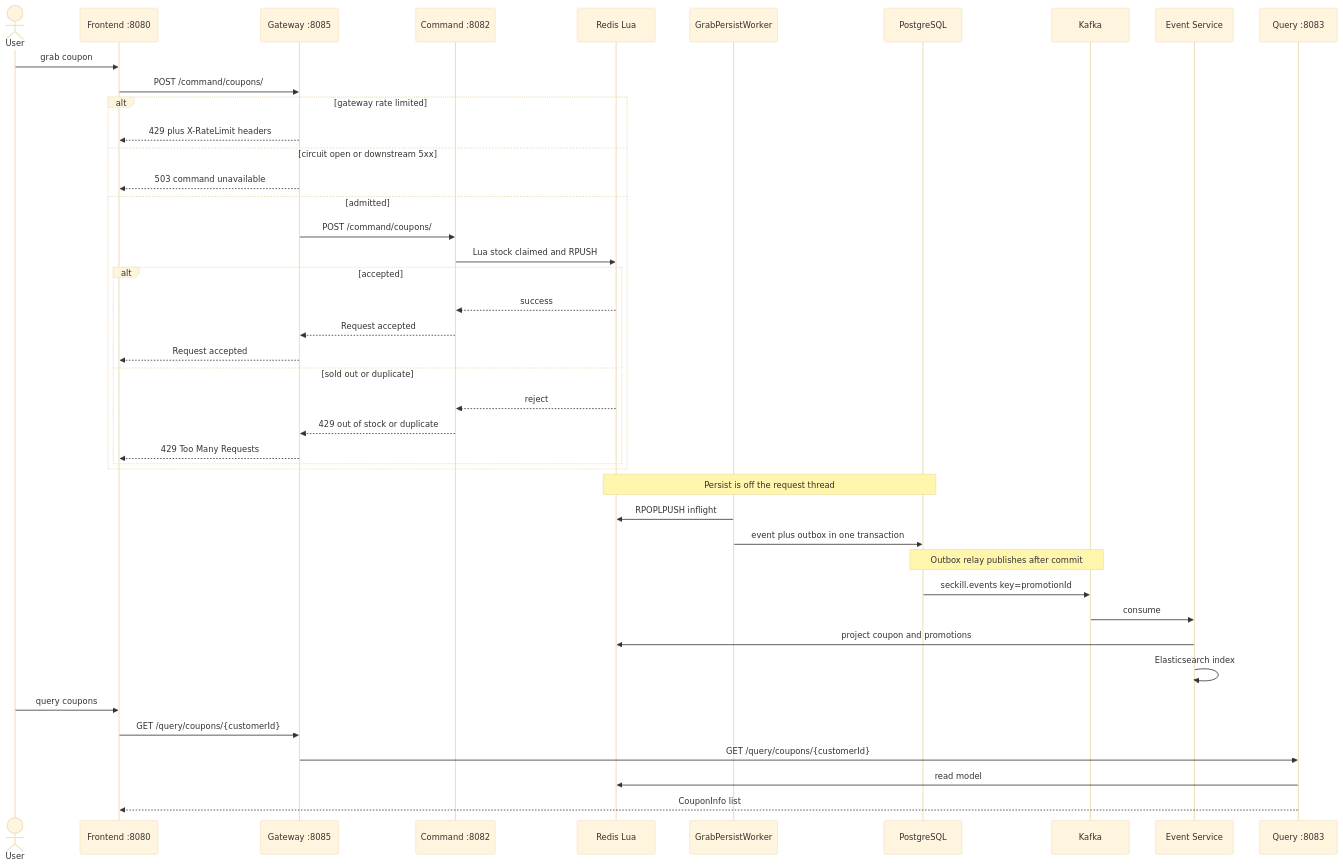
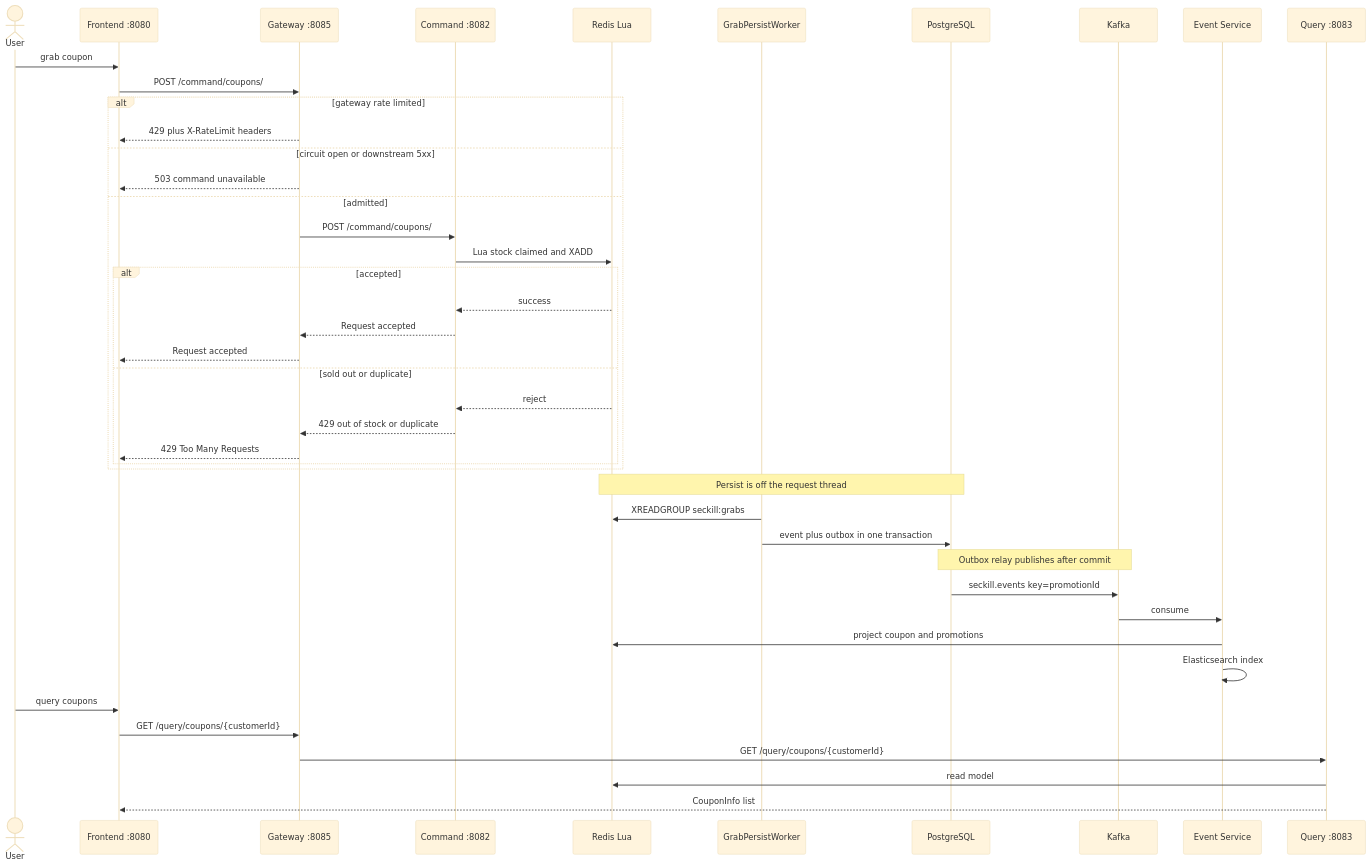
The third of 3 diagrams in README.md (fanqingsong/seckill), drawn with Mermaid (base theme) before and after one commit. The commit also changed other lines of this file and 8 other files, not shown here.

````diff
--- a/README.md
+++ b/README.md
@@ -108,48 +108,48 @@
 ```mermaid
 sequenceDiagram
   actor User
   participant FE as Frontend :8080
   participant GW as Gateway :8085
   participant Cmd as Command :8082
   participant Redis as Redis Lua
   participant Worker as GrabPersistWorker
   participant PG as PostgreSQL
   participant Kafka as Kafka
   participant Event as Event Service
   participant Query as Query :8083
 
   User->>FE: grab coupon
   FE->>GW: POST /command/coupons/
   alt gateway rate limited
     GW-->>FE: 429 plus X-RateLimit headers
   else circuit open or downstream 5xx
     GW-->>FE: 503 command unavailable
   else admitted
     GW->>Cmd: POST /command/coupons/
-    Cmd->>Redis: Lua stock claimed and RPUSH
+    Cmd->>Redis: Lua stock claimed and XADD
     alt accepted
       Redis-->>Cmd: success
       Cmd-->>GW: Request accepted
       GW-->>FE: Request accepted
     else sold out or duplicate
       Redis-->>Cmd: reject
       Cmd-->>GW: 429 out of stock or duplicate
       GW-->>FE: 429 Too Many Requests
     end
   end
 
   Note over Redis,PG: Persist is off the request thread
-  Worker->>Redis: RPOPLPUSH inflight
+  Worker->>Redis: XREADGROUP seckill:grabs
   Worker->>PG: event plus outbox in one transaction
   Note over PG,Kafka: Outbox relay publishes after commit
   PG->>Kafka: seckill.events key=promotionId
   Kafka->>Event: consume
   Event->>Redis: project coupon and promotions
   Event->>Event: Elasticsearch index
 
   User->>FE: query coupons
   FE->>GW: GET /query/coupons/{customerId}
   GW->>Query: GET /query/coupons/{customerId}
   Query->>Redis: read model
   Query-->>FE: CouponInfo list
 ```
````
